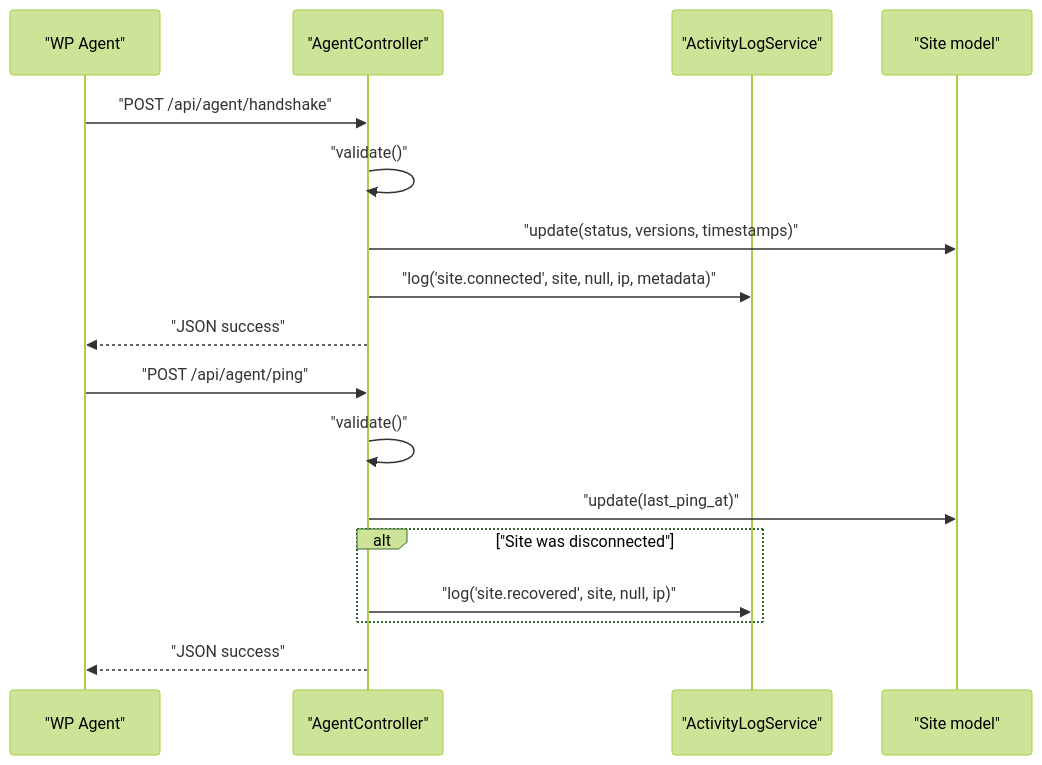
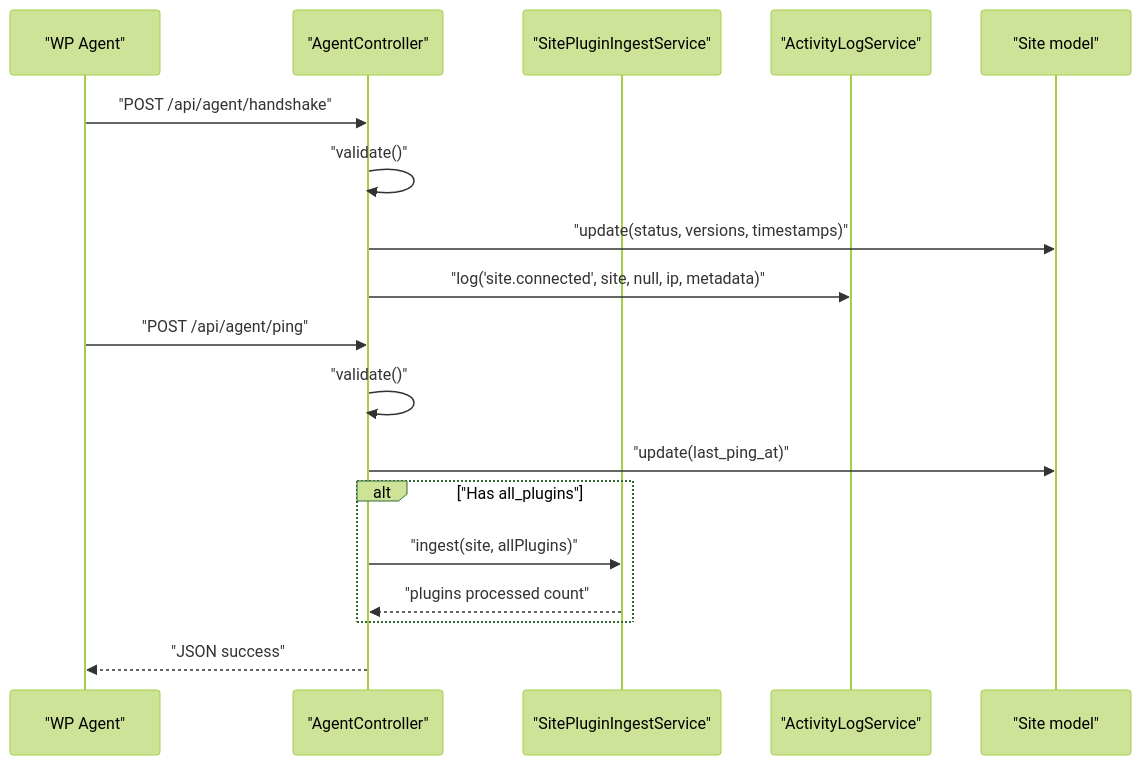
The tenth of 12 diagrams in .qoder/repowiki/en/content/Backend Architecture (Laravel)/Business Logic Services.md (FCS-WP/website_portal), drawn with Mermaid (forest theme) before and after one commit. The commit also changed other lines of this file and 30 other files, not shown here.

````diff
--- a/.qoder/repowiki/en/content/Backend Architecture (Laravel)/Business Logic Services.md
+++ b/.qoder/repowiki/en/content/Backend Architecture (Laravel)/Business Logic Services.md
@@ -310,19 +491,20 @@
 ```mermaid
 sequenceDiagram
 participant Agent as "WP Agent"
 participant AC as "AgentController"
+participant SPI as "SitePluginIngestService"
 participant ALS as "ActivityLogService"
 participant Site as "Site model"
 Agent->>AC : "POST /api/agent/handshake"
 AC->>AC : "validate()"
 AC->>Site : "update(status, versions, timestamps)"
 AC->>ALS : "log('site.connected', site, null, ip, metadata)"
-AC-->>Agent : "JSON success"
 Agent->>AC : "POST /api/agent/ping"
 AC->>AC : "validate()"
 AC->>Site : "update(last_ping_at)"
-alt "Site was disconnected"
-AC->>ALS : "log('site.recovered', site, null, ip)"
+alt "Has all_plugins"
+AC->>SPI : "ingest(site, allPlugins)"
+SPI-->>AC : "plugins processed count"
 end
 AC-->>Agent : "JSON success"
 ```
````
